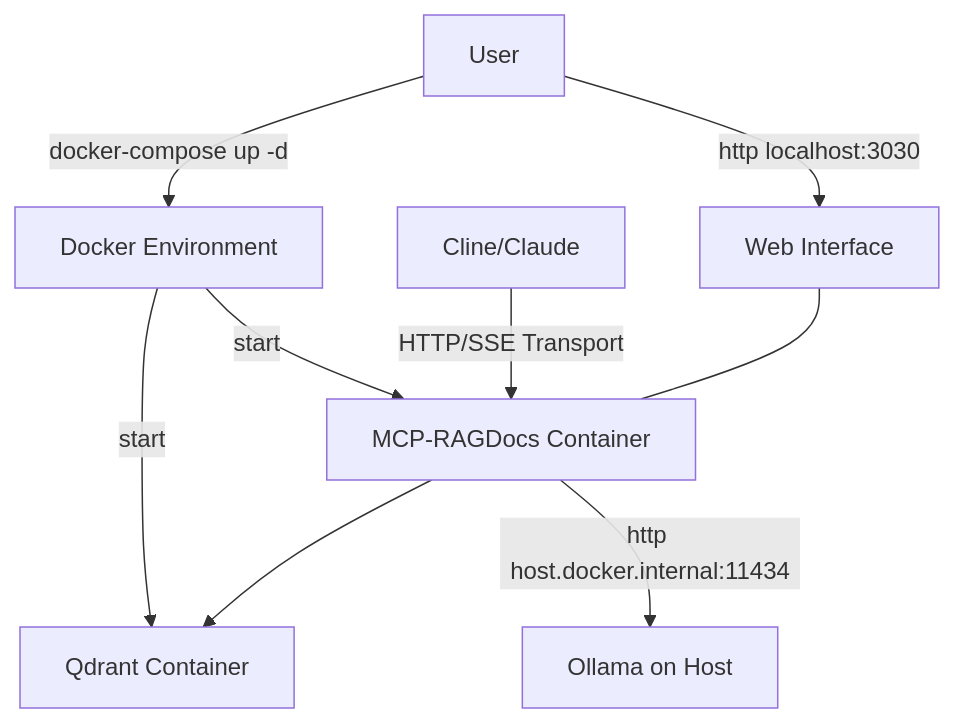
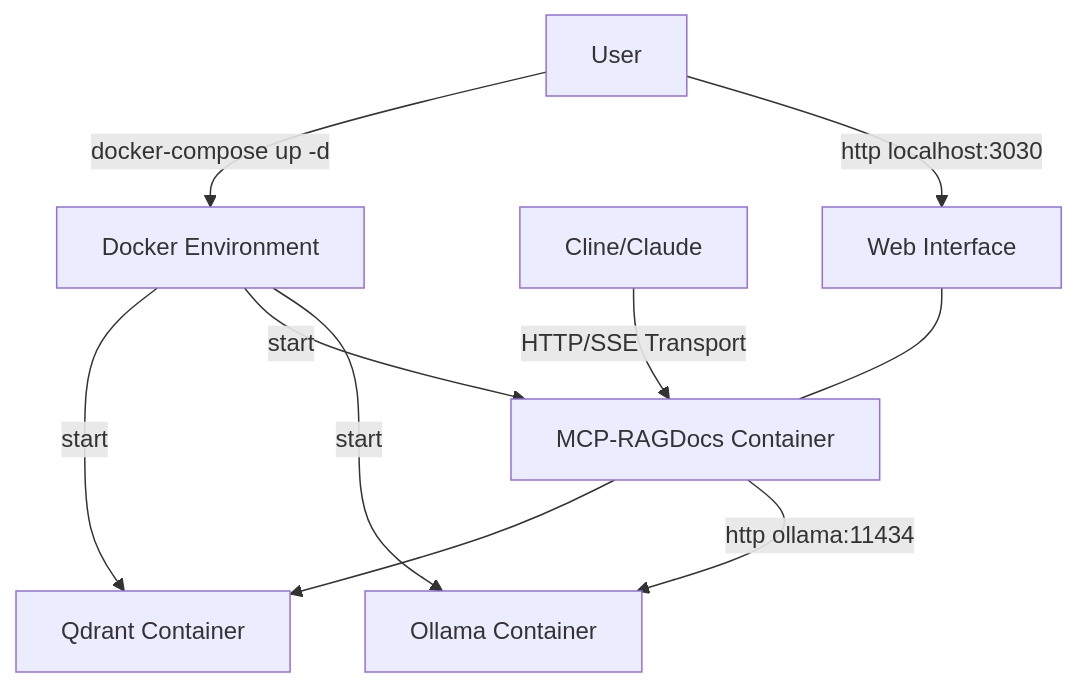
The second of 2 diagrams in README.md (amir-arad/mcp-ragdocs), drawn with Mermaid before and after one commit. The commit also changed other lines of this file and 5 other files, not shown here.

````diff
--- a/README.md
+++ b/README.md
@@ -106,11 +113,12 @@
 ```mermaid
 graph TD
     A[User] -->|docker-compose up -d| B[Docker Environment]
     B --> |start|C[Qdrant Container]
     B --> |start|D[MCP-RAGDocs Container]
+    B --> |start|E[Ollama Container]
     D --> C[Qdrant Container]
-    D -->|http host.docker.internal:11434| E[Ollama on Host]
+    D -->|http ollama:11434| E
     F[Cline/Claude] -->|HTTP/SSE Transport| D
     A -->|http localhost:3030| G[Web Interface]
     G --- D
 ```
````
